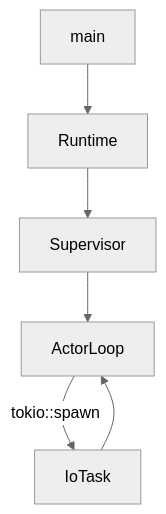
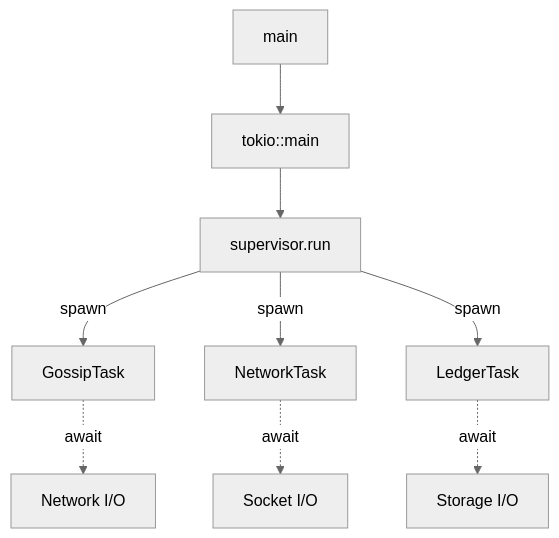
One commit to InterCooperative-Network/icn changed the third of 3 diagrams in docs/onboarding/modules/module-01-rust-fundamentals.md. Above: the diagram before and after it, drawn with Mermaid (neutral theme). The commit also changed other lines of this file and 9 other files, not shown here.

````diff
--- a/docs/onboarding/modules/module-01-rust-fundamentals.md
+++ b/docs/onboarding/modules/module-01-rust-fundamentals.md
@@ -48,8 +510,11 @@
 ```mermaid
 flowchart TD
-  main[main] --> runtime[Runtime]
-  runtime --> supervisor[Supervisor]
-  supervisor --> actor[ActorLoop]
-  actor -->|tokio::spawn| ioTask[IoTask]
-  ioTask --> actor
+    main[main] --> runtime[tokio::main]
+    runtime --> supervisor[supervisor.run]
+    supervisor -->|spawn| gossip[GossipTask]
+    supervisor -->|spawn| network[NetworkTask]
+    supervisor -->|spawn| ledger[LedgerTask]
+    gossip -.->|await| io1[Network I/O]
+    network -.->|await| io2[Socket I/O]
+    ledger -.->|await| io3[Storage I/O]
 ```
````
